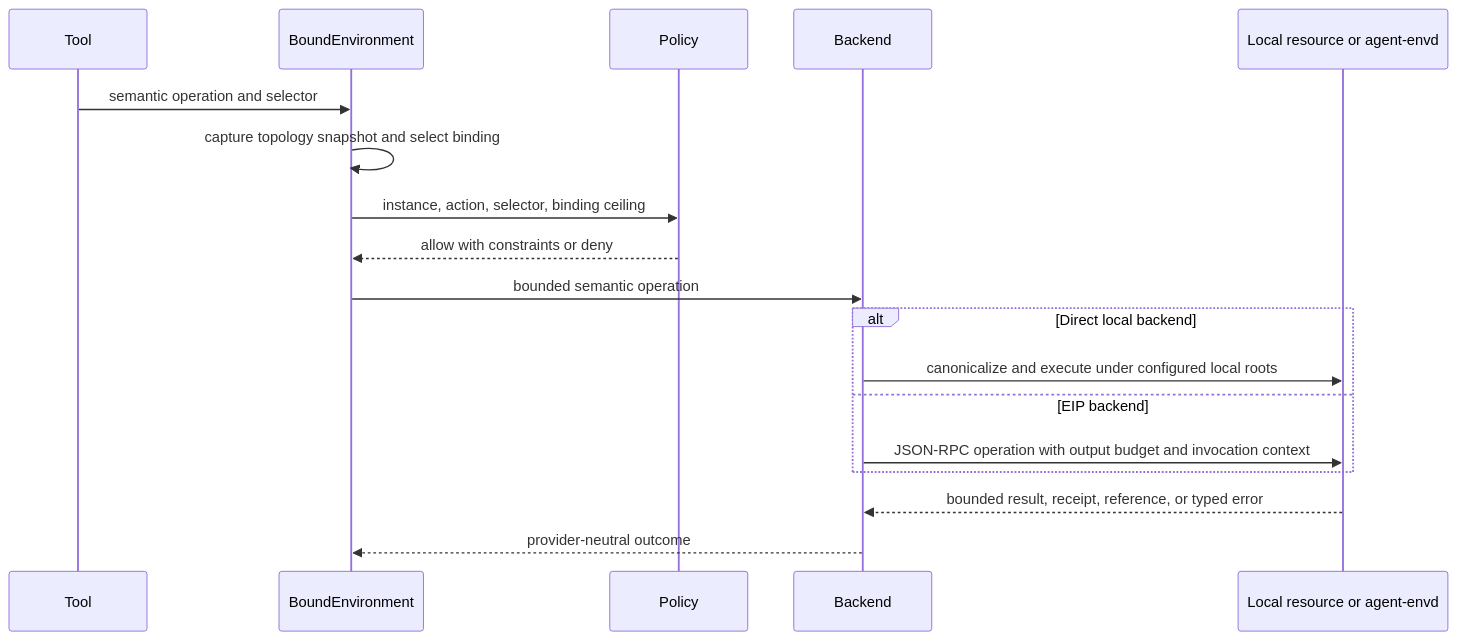
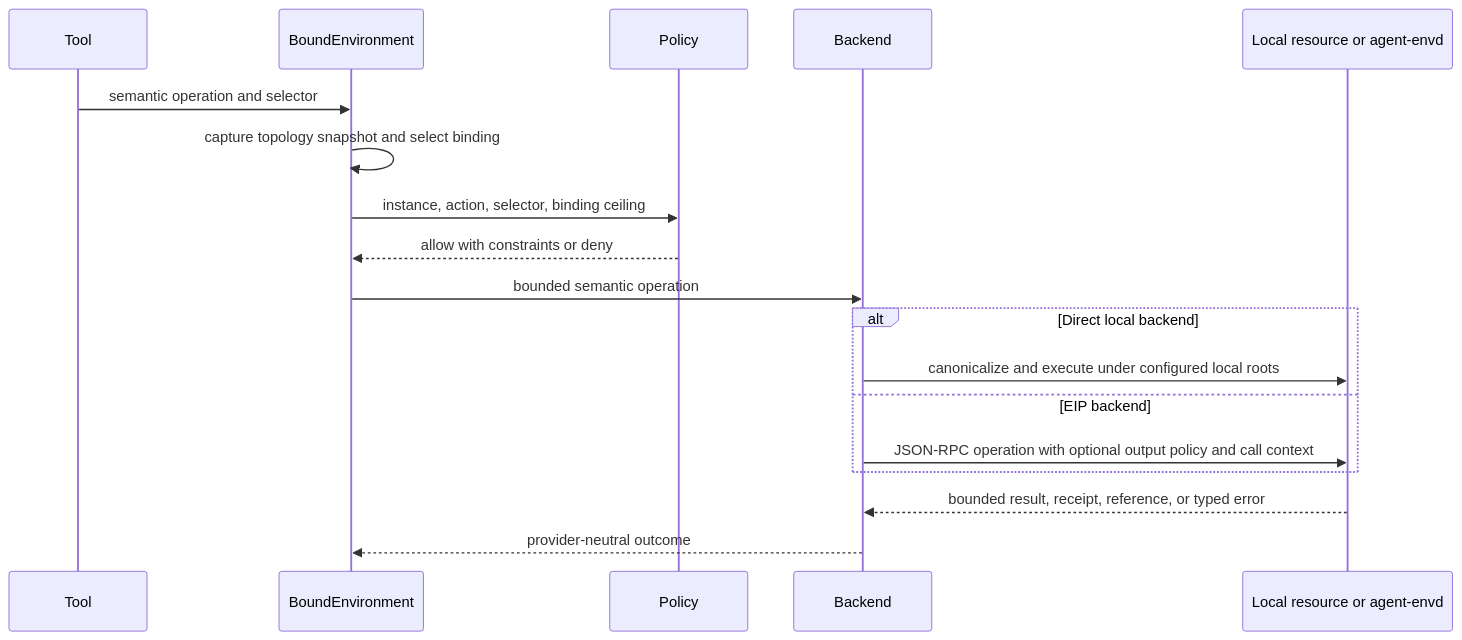
One commit to LTThreeComma/agent-foundation changed the diagram in spec/agent-harness/08-environment-integration.md. Above: the diagram before and after it, drawn with Mermaid. The commit also changed other lines of this file and 41 other files, not shown here.

````diff
--- a/spec/agent-harness/08-environment-integration.md
+++ b/spec/agent-harness/08-environment-integration.md
@@ -239,21 +239,21 @@
 ```mermaid
 sequenceDiagram
     participant Tool
     participant Bound as BoundEnvironment
     participant Policy
     participant Backend
     participant Resource as Local resource or agent-envd
 
     Tool->>Bound: semantic operation and selector
     Bound->>Bound: capture topology snapshot and select binding
     Bound->>Policy: instance, action, selector, binding ceiling
     Policy-->>Bound: allow with constraints or deny
     Bound->>Backend: bounded semantic operation
     alt Direct local backend
         Backend->>Resource: canonicalize and execute under configured local roots
     else EIP backend
-        Backend->>Resource: JSON-RPC operation with output budget and invocation context
+        Backend->>Resource: JSON-RPC operation with optional output policy and call context
     end
     Resource-->>Backend: bounded result, receipt, reference, or typed error
     Backend-->>Bound: provider-neutral outcome
 ```
````
